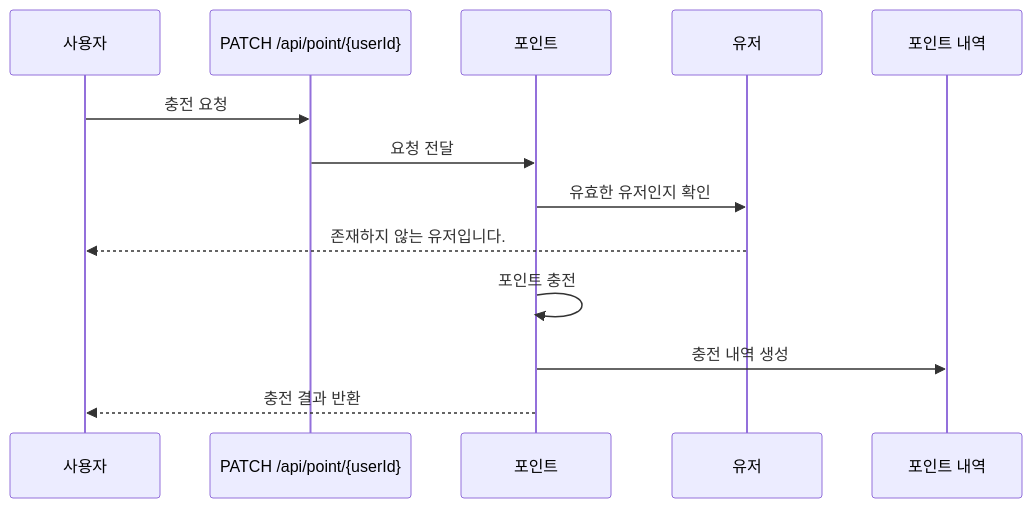
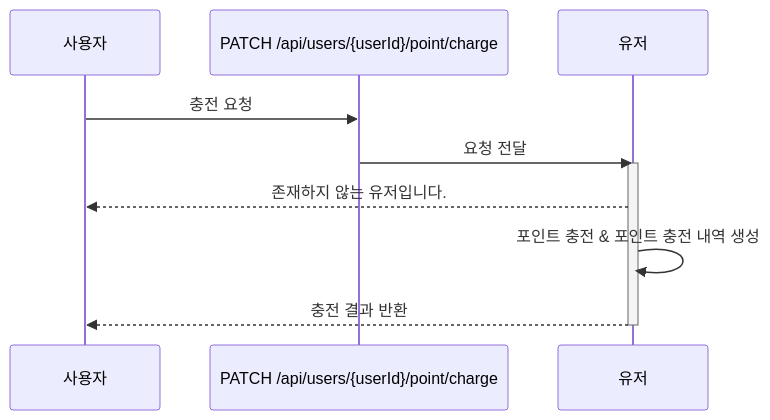
One commit to Ksanbal/Concert-Reservation-API changed diagram 12 of 14 in README.md. Above: the diagram before and after it, drawn with Mermaid. The commit also changed other lines of this file, not shown here.

Commit message:
:books:Docs: 공연, 예약, 결제, 포인트 시퀀스 다이어그램 변경

````diff
--- a/README.md
+++ b/README.md
@@ -205,11 +241,11 @@
 ```mermaid
 sequenceDiagram
 
-사용자 ->> PATCH /api/point/{userId}: 충전 요청
-PATCH /api/point/{userId} ->> 포인트: 요청 전달
-포인트 ->> 유저: 유효한 유저인지 확인
+사용자 ->> PATCH /api/users/{userId}/point/charge: 충전 요청
+PATCH /api/users/{userId}/point/charge ->> 유저: 요청 전달
+activate 유저
 유저 -->> 사용자: 존재하지 않는 유저입니다.
-포인트 ->> 포인트: 포인트 충전
-포인트 ->> 포인트 내역: 충전 내역 생성
-포인트 -->> 사용자: 충전 결과 반환
+유저 ->> 유저: 포인트 충전 & 포인트 충전 내역 생성
+유저 -->> 사용자: 충전 결과 반환
+deactivate 유저
 ```
````
